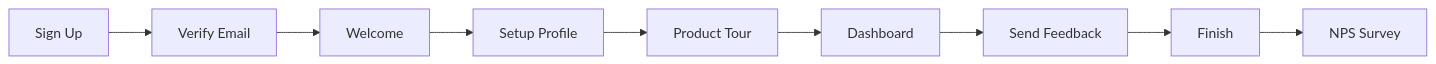
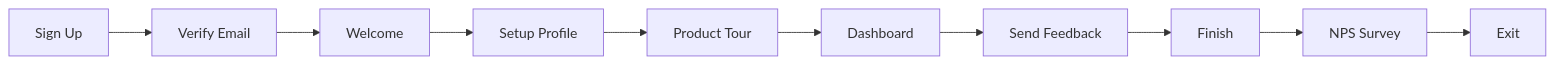
Before and after one commit to rubenmango/mermaid-bot-sandbox: the diagram in onboarding.mmd, drawn with Mermaid.

Commit message:
Add exit step (plain user commit, no trailer)

```diff
--- a/onboarding.mmd
+++ b/onboarding.mmd
@@ -1,9 +1,10 @@
 flowchart LR
     A[Sign Up] --> B[Verify Email]
     B --> C[Welcome]
     C --> Profile[Setup Profile]
     Profile --> Tour[Product Tour]
     Tour --> Done[Dashboard]
     Done --> Feedback[Send Feedback]
     Feedback --> Close[Finish]
     Close --> Survey[NPS Survey]
+    Survey --> Exit[Exit]
```
